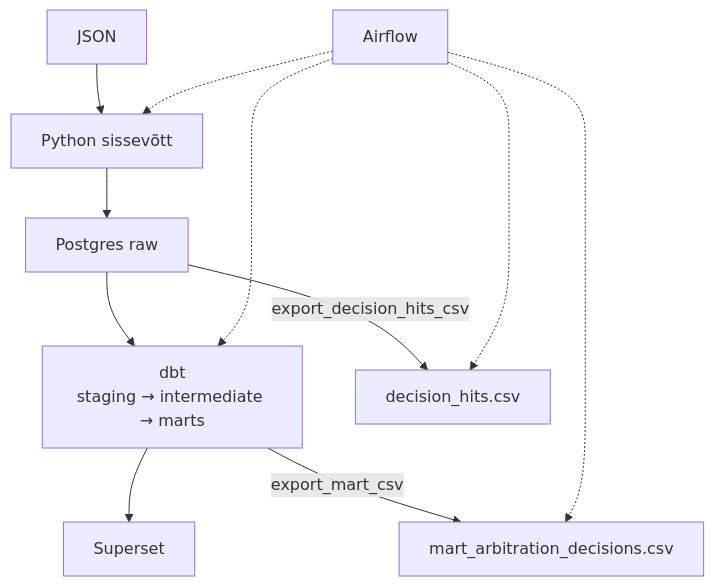
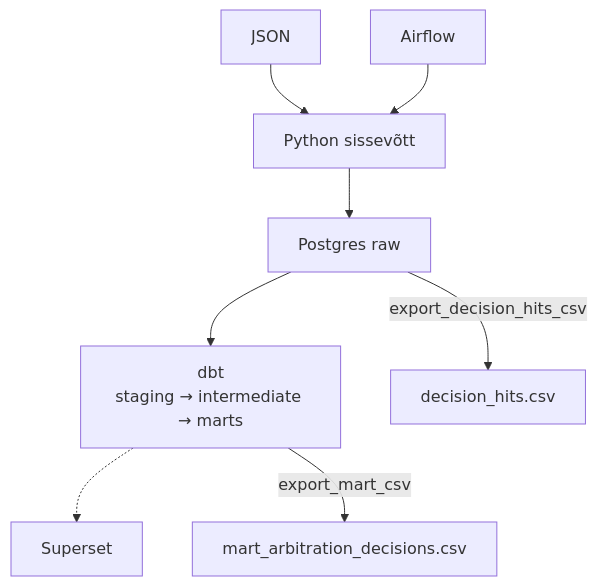
The diagram in README.md (eu-merger-cases-analytics/eu-merger-arbitration-pipeline), drawn with Mermaid before and after one commit. The commit also changed other lines of this file and 4 other files, not shown here.

````diff
--- a/README.md
+++ b/README.md
@@ -31,20 +31,17 @@
 ```mermaid
 flowchart TB
     ec[JSON]
     py[Python sissevõtt]
     raw[Postgres raw]
     dbt[dbt<br/>staging → intermediate → marts]
     ss[Superset]
     csvHits[decision_hits.csv]
     csvMart[mart_arbitration_decisions.csv]
     af[Airflow]
 
     ec --> py --> raw --> dbt
-    dbt --> ss
+    dbt -.-> ss
     raw -->|export_decision_hits_csv| csvHits
     dbt -->|export_mart_csv| csvMart
-    af -.-> py
-    af -.-> dbt
-    af -.-> csvHits
-    af -.-> csvMart
+    af --> py
 ```
````
